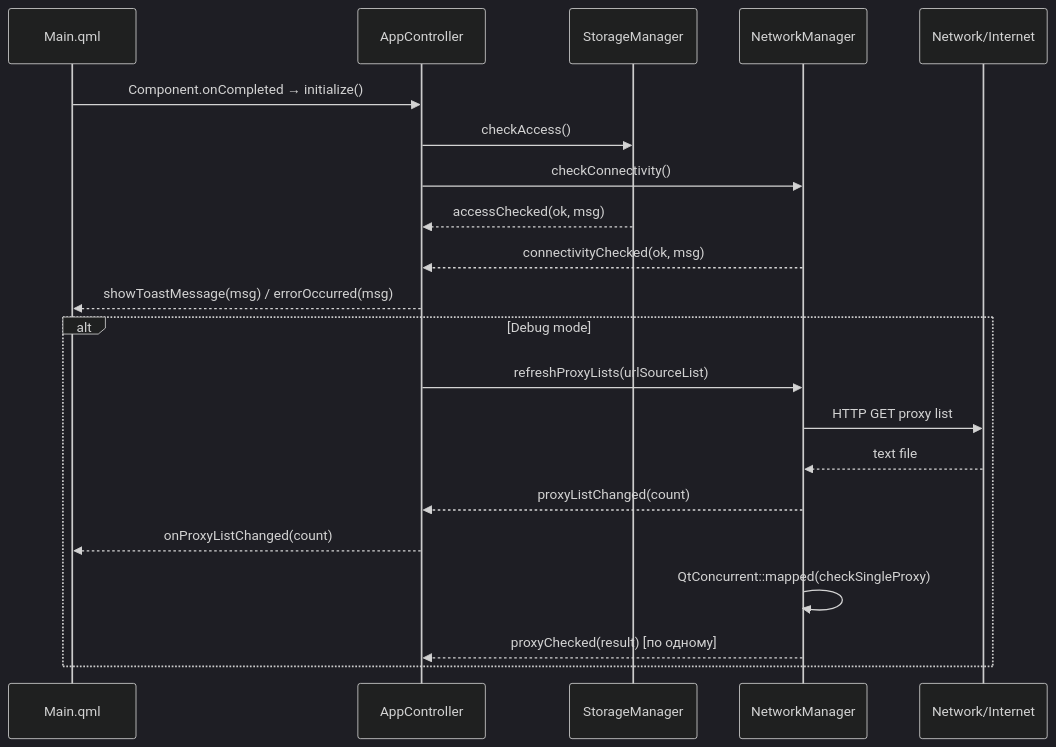
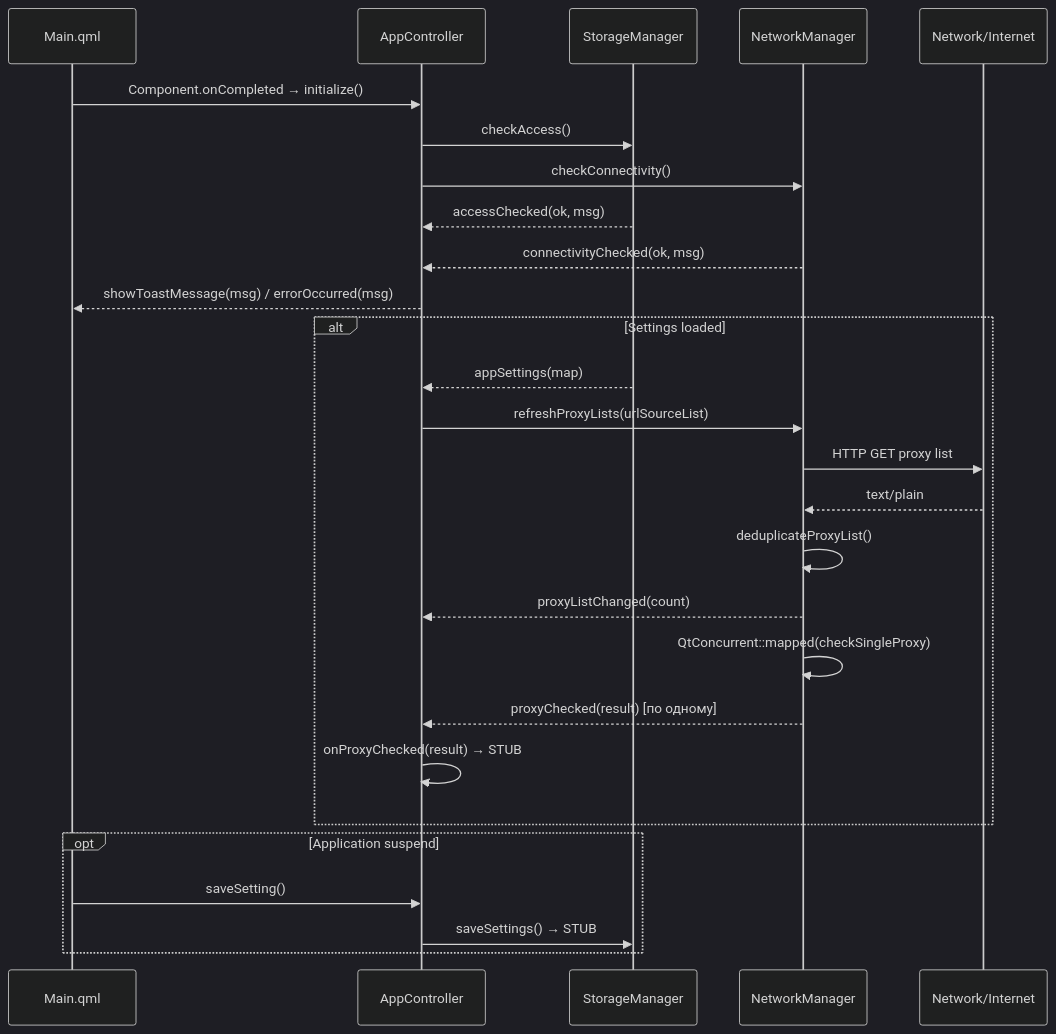
One commit to ZanyXDev/MTProxyInspector changed the second of 2 diagrams in docs/audit_core_plugin.md. Above: the diagram before and after it, drawn with Mermaid (dark theme). The commit also changed other lines of this file and 4 other files, not shown here.

````diff
--- a/docs/audit_core_plugin.md
+++ b/docs/audit_core_plugin.md
@@ -78,25 +107,32 @@
 ```mermaid
 sequenceDiagram
     participant QML as Main.qml
     participant AC as AppController
     participant SM as StorageManager
     participant NM as NetworkManager
     participant NET as Network/Internet
 
     QML->>AC: Component.onCompleted → initialize()
     AC->>SM: checkAccess()
     AC->>NM: checkConnectivity()
     SM-->>AC: accessChecked(ok, msg)
     NM-->>AC: connectivityChecked(ok, msg)
     AC-->>QML: showToastMessage(msg) / errorOccurred(msg)
 
-    alt Debug mode
+    alt Settings loaded
+        SM-->>AC: appSettings(map)
         AC->>NM: refreshProxyLists(urlSourceList)
         NM->>NET: HTTP GET proxy list
-        NET-->>NM: text file
+        NET-->>NM: text/plain
+        NM->>NM: deduplicateProxyList()
         NM-->>AC: proxyListChanged(count)
-        AC-->>QML: onProxyListChanged(count)
         NM->>NM: QtConcurrent::mapped(checkSingleProxy)
         NM-->>AC: proxyChecked(result) [по одному]
+        AC->>AC: onProxyChecked(result) → STUB
+    end
+
+    opt Application suspend
+        QML->>AC: saveSetting()
+        AC->>SM: saveSettings() → STUB
     end
 ```
````
